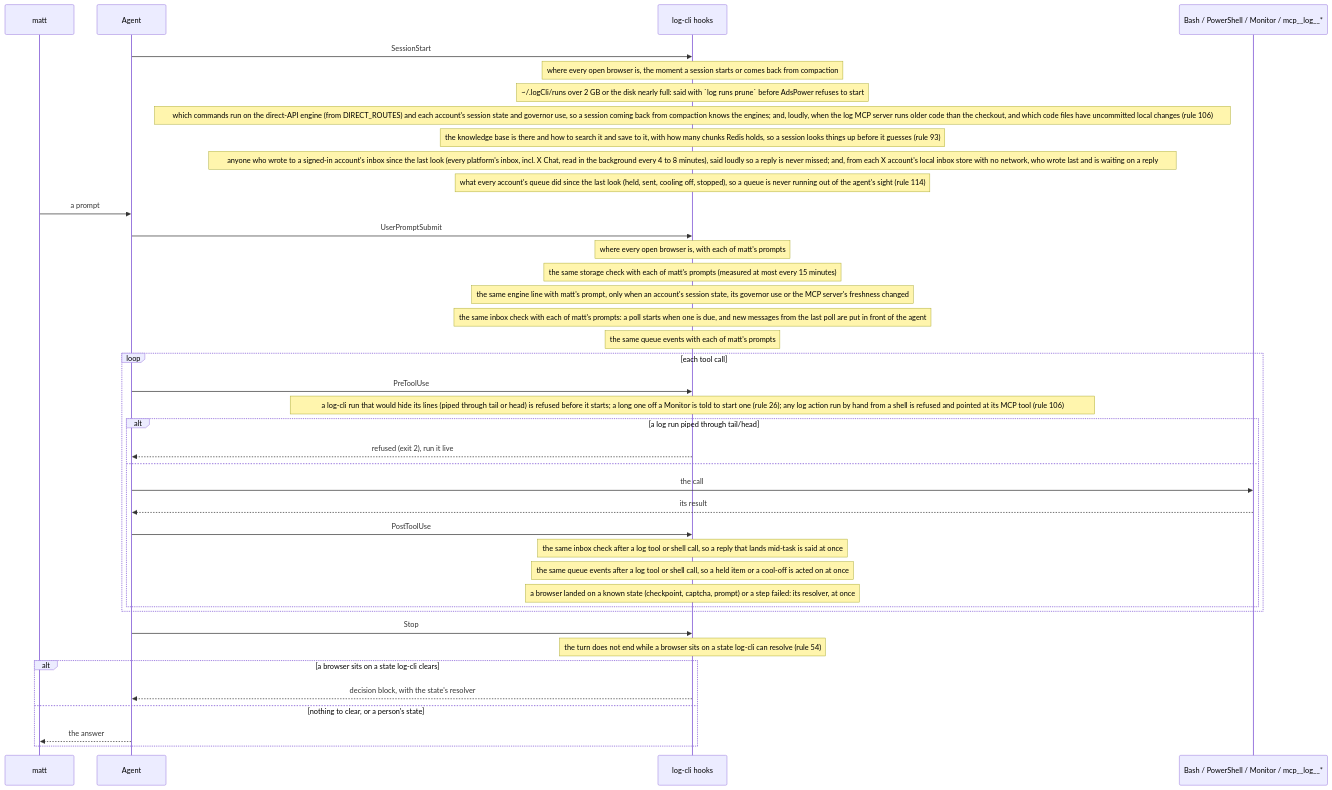
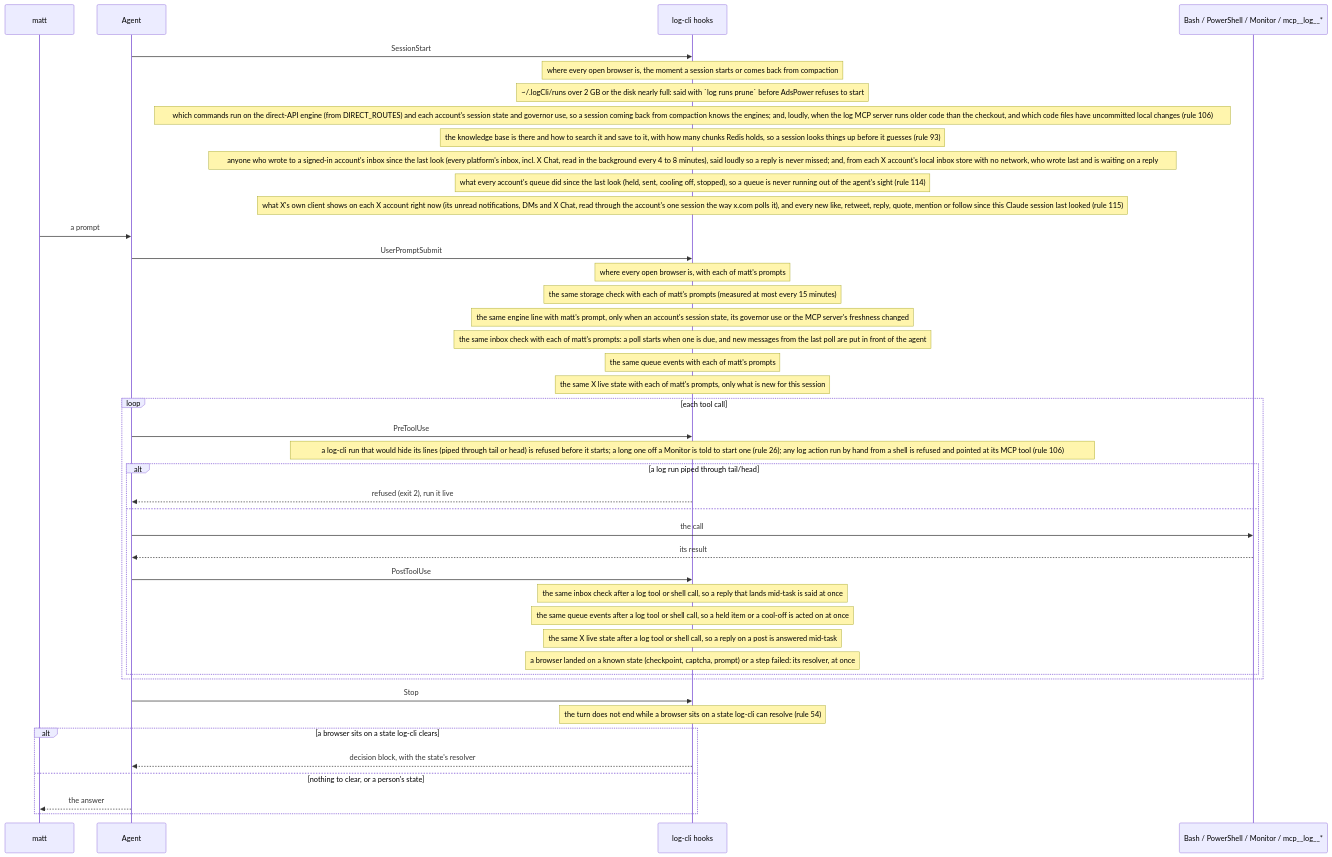
One commit to matthewdonsemail-lab/log changed the fifth of 6 diagrams in docs/reference.md. Above: the diagram before and after it, drawn with Mermaid. The commit also changed other lines of this file and 25 other files, not shown here.

First line of the commit message:
feat: X's live client state reaches each Claude session through a hook (rule 115)

````diff
--- a/docs/reference.md
+++ b/docs/reference.md
@@ -625,42 +631,45 @@
 ```mermaid
 sequenceDiagram
   participant matt
   participant Agent
   participant Hook as log-cli hooks
   participant Tool as Bash / PowerShell / Monitor / mcp__log__*
   Agent->>Hook: SessionStart
   Note over Hook: where every open browser is, the moment a session starts or comes back from compaction
   Note over Hook: ~/.logCli/runs over 2 GB or the disk nearly full: said with `log runs prune` before AdsPower refuses to start
   Note over Hook: which commands run on the direct-API engine (from DIRECT_ROUTES) and each account's session state and governor use, so a session coming back from compaction knows the engines#59; and, loudly, when the log MCP server runs older code than the checkout, and which code files have uncommitted local changes (rule 106)
   Note over Hook: the knowledge base is there and how to search it and save to it, with how many chunks Redis holds, so a session looks things up before it guesses (rule 93)
   Note over Hook: anyone who wrote to a signed-in account's inbox since the last look (every platform's inbox, incl. X Chat, read in the background every 4 to 8 minutes), said loudly so a reply is never missed#59; and, from each X account's local inbox store with no network, who wrote last and is waiting on a reply
   Note over Hook: what every account's queue did since the last look (held, sent, cooling off, stopped), so a queue is never running out of the agent's sight (rule 114)
+  Note over Hook: what X's own client shows on each X account right now (its unread notifications, DMs and X Chat, read through the account's one session the way x.com polls it), and every new like, retweet, reply, quote, mention or follow since this Claude session last looked (rule 115)
   matt->>Agent: a prompt
   Agent->>Hook: UserPromptSubmit
   Note over Hook: where every open browser is, with each of matt's prompts
   Note over Hook: the same storage check with each of matt's prompts (measured at most every 15 minutes)
   Note over Hook: the same engine line with matt's prompt, only when an account's session state, its governor use or the MCP server's freshness changed
   Note over Hook: the same inbox check with each of matt's prompts: a poll starts when one is due, and new messages from the last poll are put in front of the agent
   Note over Hook: the same queue events with each of matt's prompts
+  Note over Hook: the same X live state with each of matt's prompts, only what is new for this session
   loop each tool call
     Agent->>Hook: PreToolUse
     Note over Hook: a log-cli run that would hide its lines (piped through tail or head) is refused before it starts#59; a long one off a Monitor is told to start one (rule 26)#59; any log action run by hand from a shell is refused and pointed at its MCP tool (rule 106)
     alt a log run piped through tail/head
       Hook-->>Agent: refused (exit 2), run it live
     else
       Agent->>Tool: the call
       Tool-->>Agent: its result
       Agent->>Hook: PostToolUse
     Note over Hook: the same inbox check after a log tool or shell call, so a reply that lands mid-task is said at once
     Note over Hook: the same queue events after a log tool or shell call, so a held item or a cool-off is acted on at once
+    Note over Hook: the same X live state after a log tool or shell call, so a reply on a post is answered mid-task
     Note over Hook: a browser landed on a known state (checkpoint, captcha, prompt) or a step failed: its resolver, at once
     end
   end
   Agent->>Hook: Stop
   Note over Hook: the turn does not end while a browser sits on a state log-cli can resolve (rule 54)
   alt a browser sits on a state log-cli clears
     Hook-->>Agent: decision block, with the state's resolver
   else nothing to clear, or a person's state
     Agent-->>matt: the answer
   end
 ```
````
